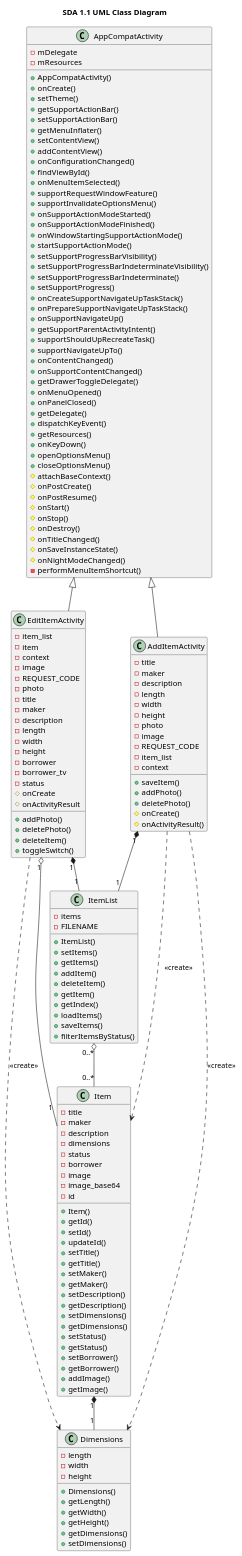
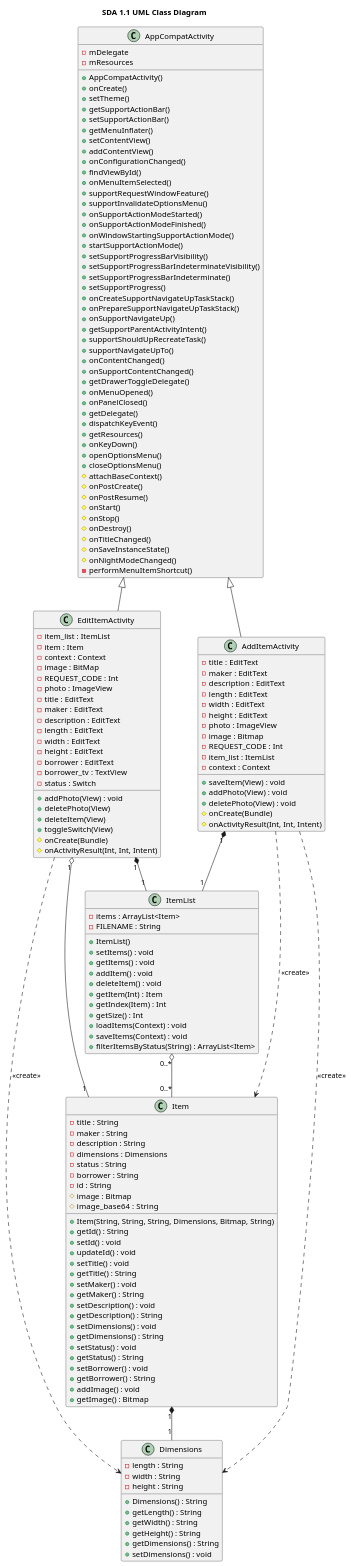
One commit to claytonjwong/Architecture changed the diagram in 1_object_oriented_design/2_week/SharingApp/UML_class_diagram.puml. Above: the diagram before and after it, drawn with PlantUML.

Commit message:
Assignment 1: UML diagram of SharingApp (add data types + params)

```diff
--- a/1_object_oriented_design/2_week/SharingApp/UML_class_diagram.puml
+++ b/1_object_oriented_design/2_week/SharingApp/UML_class_diagram.puml
@@ -1,160 +1,161 @@
 @startuml SDA 1.1 UML Class Diagram
 title SDA 1.1 UML Class Diagram
 class AppCompatActivity {
     -mDelegate
     -mResources
     +AppCompatActivity()
     +onCreate()
     +setTheme()
     +getSupportActionBar()
     +setSupportActionBar()
     +getMenuInflater()
     +setContentView()
     +addContentView()
     +onConfigurationChanged()
     +findViewById()
     +onMenuItemSelected()
     +supportRequestWindowFeature()
     +supportInvalidateOptionsMenu()
     +onSupportActionModeStarted()
     +onSupportActionModeFinished()
     +onWindowStartingSupportActionMode()
     +startSupportActionMode()
     +setSupportProgressBarVisibility()
     +setSupportProgressBarIndeterminateVisibility()
     +setSupportProgressBarIndeterminate()
     +setSupportProgress()
     +onCreateSupportNavigateUpTaskStack()
     +onPrepareSupportNavigateUpTaskStack()
     +onSupportNavigateUp()
     +getSupportParentActivityIntent()
     +supportShouldUpRecreateTask()
     +supportNavigateUpTo()
     +onContentChanged()
     +onSupportContentChanged()
     +getDrawerToggleDelegate()
     +onMenuOpened()
     +onPanelClosed()
     +getDelegate()
     +dispatchKeyEvent()
     +getResources()
     +onKeyDown()
     +openOptionsMenu()
     +closeOptionsMenu()
     #attachBaseContext()
     #onPostCreate()
     #onPostResume()
     #onStart()
     #onStop()
     #onDestroy()
     #onTitleChanged()
     #onSaveInstanceState()
     #onNightModeChanged()
     -performMenuItemShortcut()
 }
 class AddItemActivity {
-    -title
-    -maker
-    -description
-    -length
-    -width
-    -height
-    -photo
-    -image
-    -REQUEST_CODE
-    -item_list
-    -context
-    +saveItem()
-    +addPhoto()
-    +deletePhoto()
-    #onCreate()
-    #onActivityResult()
+    -title : EditText
+    -maker : EditText
+    -description : EditText
+    -length : EditText
+    -width : EditText
+    -height : EditText
+    -photo : ImageView
+    -image : Bitmap
+    -REQUEST_CODE : Int
+    -item_list : ItemList
+    -context : Context
+    +saveItem(View) : void
+    +addPhoto(View) : void
+    +deletePhoto(View) : void
+    #onCreate(Bundle)
+    #onActivityResult(Int, Int, Intent)
 }
 class EditItemActivity {
-    -item_list
-    -item
-    -context
-    -image
-    -REQUEST_CODE
-    -photo
-    -title
-    -maker
-    -description
-    -length
-    -width
-    -height
-    -borrower
-    -borrower_tv
-    -status
-    +addPhoto()
-    +deletePhoto()
-    +deleteItem()
-    +toggleSwitch()
-    #onCreate
-    #onActivityResult
+    -item_list : ItemList
+    -item : Item
+    -context : Context
+    -image : BitMap
+    -REQUEST_CODE : Int
+    -photo : ImageView
+    -title : EditText
+    -maker : EditText
+    -description : EditText
+    -length : EditText
+    -width : EditText
+    -height : EditText
+    -borrower : EditText
+    -borrower_tv : TextView
+    -status : Switch
+    +addPhoto(View) : void
+    +deletePhoto(View)
+    +deleteItem(View)
+    +toggleSwitch(View)
+    #onCreate(Bundle)
+    #onActivityResult(Int, Int, Intent)
 }
 class ItemList {
-    -items
-    -FILENAME
+    -items : ArrayList<Item>
+    -FILENAME : String
     +ItemList()
-    +setItems()
-    +getItems()
-    +addItem()
-    +deleteItem()
-    +getItem()
-    +getIndex()
-    +loadItems()
-    +saveItems()
-    +filterItemsByStatus()
+    +setItems() : void
+    +getItems() : void
+    +addItem() : void
+    +deleteItem() : void
+    +getItem(Int) : Item
+    +getIndex(Item) : Int
+    +getSize() : Int
+    +loadItems(Context) : void
+    +saveItems(Context) : void
+    +filterItemsByStatus(String) : ArrayList<Item>
 }
 class Item {
-    -title
-    -maker
-    -description
-    -dimensions
-    -status
-    -borrower
-    -image
-    -image_base64
-    -id
-    +Item()
-    +getId()
-    +setId()
-    +updateId()
-    +setTitle()
-    +getTitle()
-    +setMaker()
-    +getMaker()
-    +setDescription()
-    +getDescription()
-    +setDimensions()
-    +getDimensions()
-    +setStatus()
-    +getStatus()
-    +setBorrower()
-    +getBorrower()
-    +addImage()
-    +getImage()
+    -title : String
+    -maker : String
+    -description : String
+    -dimensions : Dimensions
+    -status : String
+    -borrower : String
+    -id : String
+    #image : Bitmap
+    #image_base64  : String
+    +Item(String, String, String, Dimensions, Bitmap, String)
+    +getId() : String
+    +setId() : void
+    +updateId() : void
+    +setTitle() : void
+    +getTitle() : String
+    +setMaker() : void
+    +getMaker() : String
+    +setDescription() : void
+    +getDescription() : String
+    +setDimensions() : void
+    +getDimensions() : String
+    +setStatus() : void
+    +getStatus() : String
+    +setBorrower() : void
+    +getBorrower() : String
+    +addImage() : void
+    +getImage() : Bitmap
 }
 class Dimensions {
-    -length
-    -width
-    -height
-    +Dimensions()
-    +getLength()
-    +getWidth()
-    +getHeight()
-    +getDimensions()
-    +setDimensions()
+    -length : String
+    -width : String
+    -height : String
+    +Dimensions() : String
+    +getLength() : String
+    +getWidth() : String
+    +getHeight() : String
+    +getDimensions() : String
+    +setDimensions() : void
 }
 AppCompatActivity <|-- AddItemActivity
 AppCompatActivity <|-- EditItemActivity
 AddItemActivity ..> Item : <<create>>
 AddItemActivity ..> Dimensions : <<create>>
 AddItemActivity "1" *-- "1" ItemList
 EditItemActivity ..> Dimensions : <<create>>
 EditItemActivity "1" *-- "1" ItemList
 EditItemActivity "1" o-- "1" Item
 ItemList "0..*" o-- "0..*" Item
 Item "1" *-- "1" Dimensions
 @enduml
```
